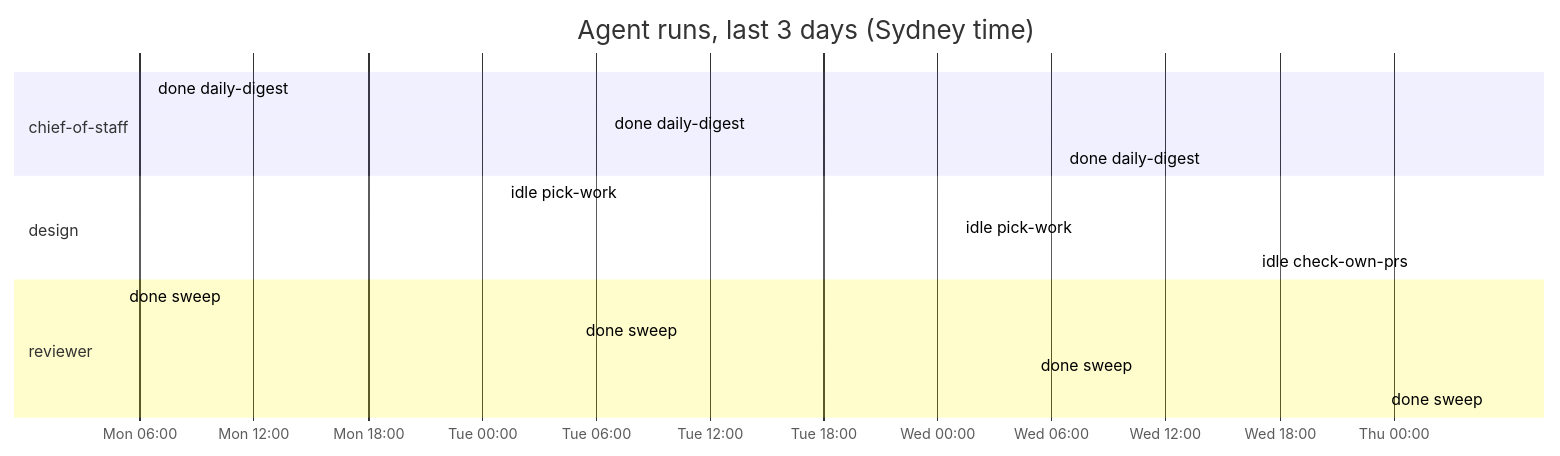
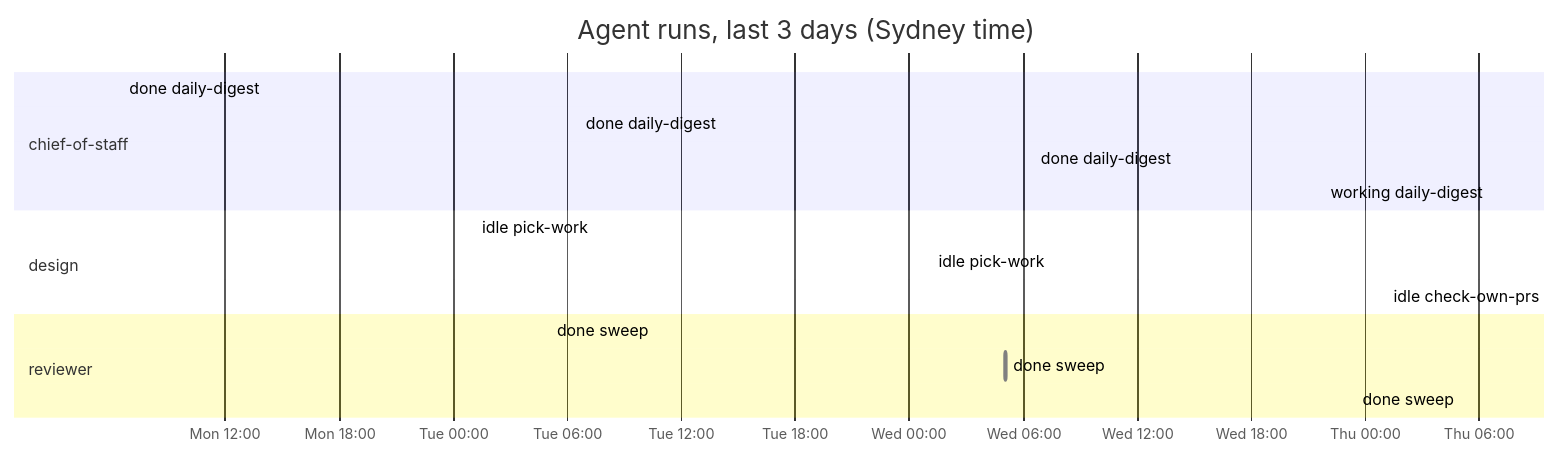
Before and after one commit to roulmediateam-byte/fifteen-expert-hq: the diagram in dashboard.md, drawn with Mermaid. The commit also changed other lines of this file and 1 other file, not shown here.

````diff
--- a/dashboard.md
+++ b/dashboard.md
@@ -53,19 +53,19 @@
 ```mermaid
 gantt
     title Agent runs, last 3 days (Sydney time)
     dateFormat YYYY-MM-DD HH:mm
     axisFormat %a %H:%M
     section chief-of-staff
     done daily-digest :done, 2026-11-23 06:35, 2026-11-23 06:36
     done daily-digest :done, 2026-11-24 06:35, 2026-11-24 06:37
     done daily-digest :done, 2026-11-25 06:34, 2026-11-25 06:35
+    working daily-digest :active, 2026-11-26 06:35, 2026-11-26 06:35
     section design
     idle pick-work :done, 2026-11-24 01:09, 2026-11-24 01:09
     idle pick-work :done, 2026-11-25 01:09, 2026-11-25 01:09
     idle check-own-prs :done, 2026-11-26 01:09, 2026-11-26 01:09
     section reviewer
-    done sweep :done, 2026-11-23 05:04, 2026-11-23 05:06
     done sweep :done, 2026-11-24 05:05, 2026-11-24 05:06
     done sweep :done, 2026-11-25 05:04, 2026-11-25 05:05
     done sweep :done, 2026-11-26 05:05, 2026-11-26 05:06
 ```
````
